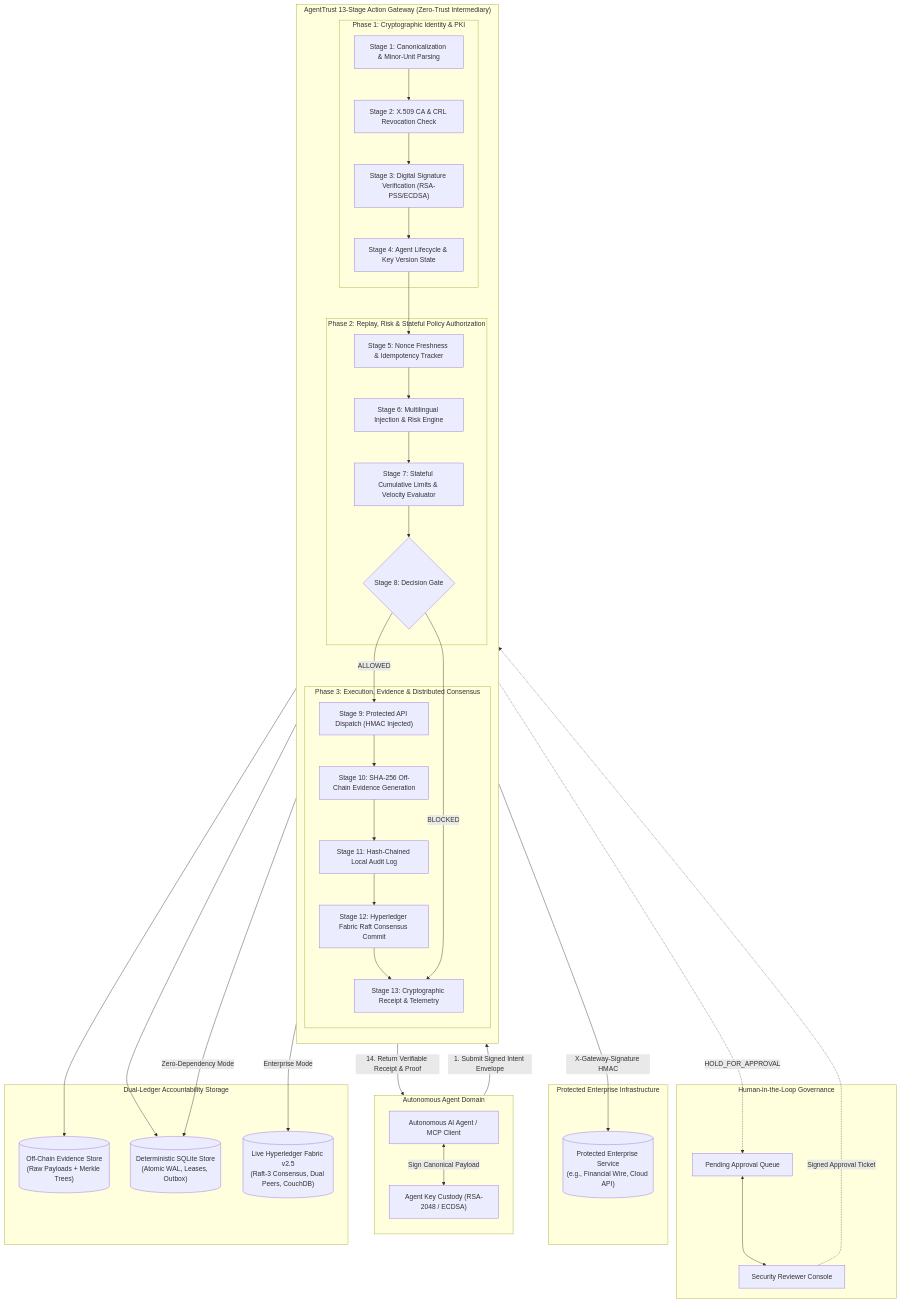
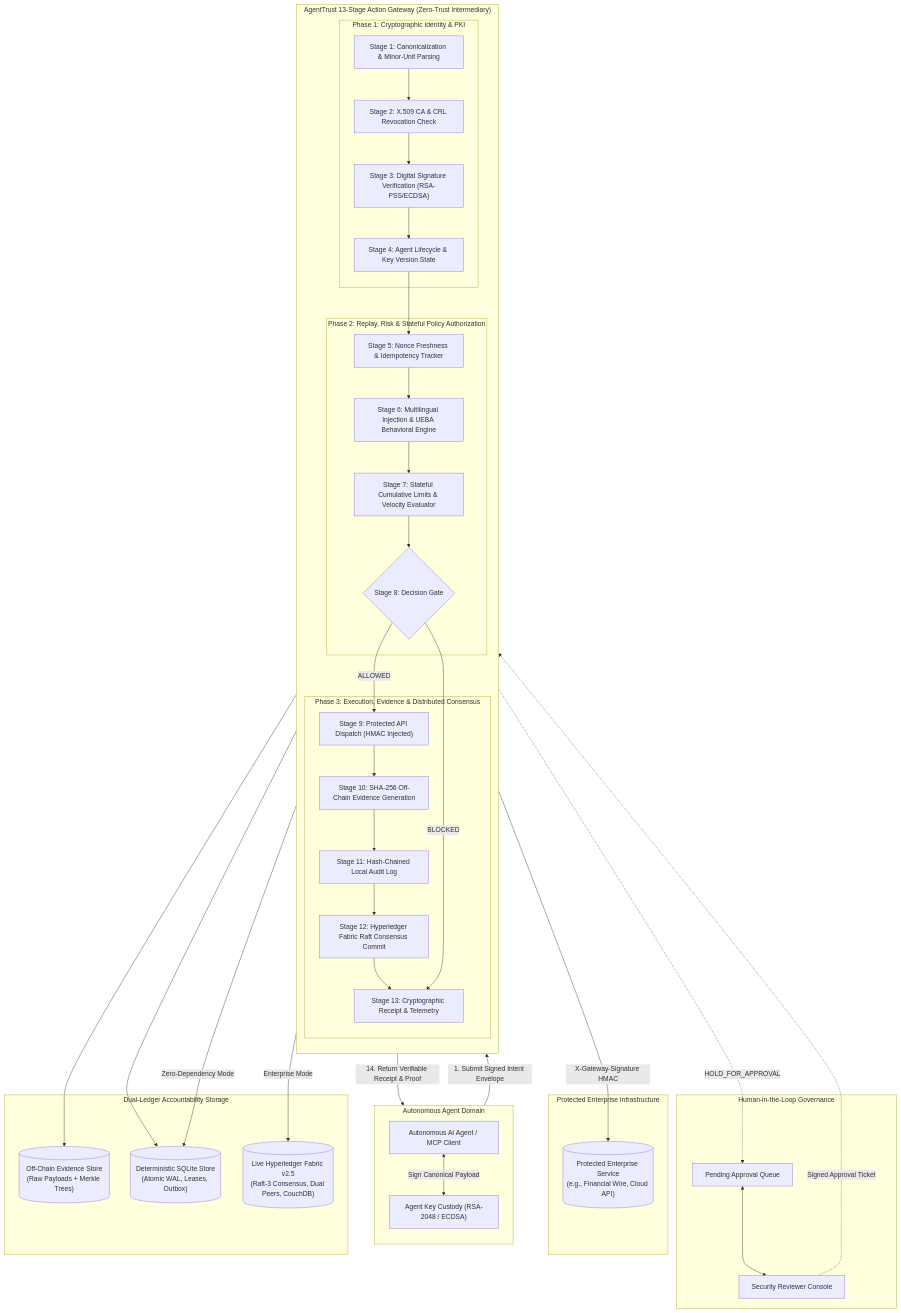
Before and after one commit to venkatesh0029/AgentTrust: the first of 2 diagrams in README.md, drawn with Mermaid. The commit also changed other lines of this file and 8 other files, not shown here.

Commit message:
docs: modernize README with rich console UI screenshots, delegation graph, and UEBA behavioral intelligence architecture

````diff
--- a/README.md
+++ b/README.md
@@ -103,68 +117,68 @@
 ```mermaid
 flowchart TB
     subgraph AgentDomain ["Autonomous Agent Domain"]
         direction TB
         Agent["Autonomous AI Agent / MCP Client"]
         KeyStore["Agent Key Custody (RSA-2048 / ECDSA)"]
         Agent <-->|Sign Canonical Payload| KeyStore
     end
 
     subgraph GatewayCore ["AgentTrust 13-Stage Action Gateway (Zero-Trust Intermediary)"]
         direction TB
         subgraph P1 ["Phase 1: Cryptographic Identity & PKI"]
             S1["Stage 1: Canonicalization & Minor-Unit Parsing"]
             S2["Stage 2: X.509 CA & CRL Revocation Check"]
             S3["Stage 3: Digital Signature Verification (RSA-PSS/ECDSA)"]
             S4["Stage 4: Agent Lifecycle & Key Version State"]
             S1 --> S2 --> S3 --> S4
         end
 
         subgraph P2 ["Phase 2: Replay, Risk & Stateful Policy Authorization"]
             S5["Stage 5: Nonce Freshness & Idempotency Tracker"]
-            S6["Stage 6: Multilingual Injection & Risk Engine"]
+            S6["Stage 6: Multilingual Injection & UEBA Behavioral Engine"]
             S7["Stage 7: Stateful Cumulative Limits & Velocity Evaluator"]
             S8{"Stage 8: Decision Gate"}
             S5 --> S6 --> S7 --> S8
         end
 
         subgraph P3 ["Phase 3: Execution, Evidence & Distributed Consensus"]
             S9["Stage 9: Protected API Dispatch (HMAC Injected)"]
             S10["Stage 10: SHA-256 Off-Chain Evidence Generation"]
             S11["Stage 11: Hash-Chained Local Audit Log"]
             S12["Stage 12: Hyperledger Fabric Raft Consensus Commit"]
             S13["Stage 13: Cryptographic Receipt & Telemetry"]
             S9 --> S10 --> S11 --> S12 --> S13
         end
 
         S4 --> S5
         S8 -->|ALLOWED| S9
         S8 -->|BLOCKED| S13
     end
 
     subgraph Approvals ["Human-in-the-Loop Governance"]
         HoldQueue["Pending Approval Queue"]
         AdminConsole["Security Reviewer Console"]
         S8 -.->|HOLD_FOR_APPROVAL| HoldQueue
         HoldQueue <--> AdminConsole
         AdminConsole -.->|Signed Approval Ticket| S8
     end
 
     subgraph Downstream ["Protected Enterprise Infrastructure"]
         ProtectedAPI[("Protected Enterprise Service\n(e.g., Financial Wire, Cloud API)")]
         S9 -->|X-Gateway-Signature HMAC| ProtectedAPI
     end
 
     subgraph Persistence ["Dual-Ledger Accountability Storage"]
         EvidenceStore[("Off-Chain Evidence Store\n(Raw Payloads + Merkle Trees)")]
         LocalLedger[("Deterministic SQLite Store\n(Atomic WAL, Leases, Outbox)")]
         FabricLedger[("Live Hyperledger Fabric v2.5\n(Raft-3 Consensus, Dual Peers, CouchDB)")]
         
         S10 --> EvidenceStore
         S11 --> LocalLedger
         S12 -->|Zero-Dependency Mode| LocalLedger
         S12 -->|Enterprise Mode| FabricLedger
     end
 
     Agent -->|1. Submit Signed Intent Envelope| S1
     S13 -->|14. Return Verifiable Receipt & Proof| Agent
 ```
````
